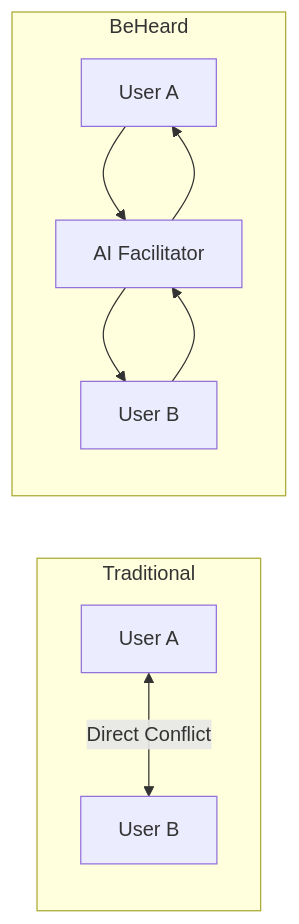
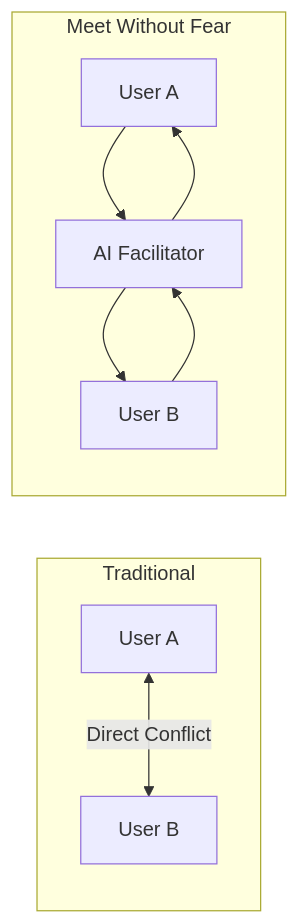
One commit to shantamg/be-heard changed the diagram in docs/mvp-planning/plans/overview/index.md. Above: the diagram before and after it, drawn with Mermaid. The commit also changed other lines of this file and 223 other files, not shown here.

First line of the commit message:
chore: rename project from BeHeard to Meet Without Fear

````diff
--- a/docs/mvp-planning/plans/overview/index.md
+++ b/docs/mvp-planning/plans/overview/index.md
@@ -23,13 +23,13 @@
 ```mermaid
 flowchart LR
     subgraph Traditional
         A[User A] <-->|Direct Conflict| B[User B]
     end
 
-    subgraph BeHeard
+    subgraph Meet Without Fear
         C[User A] --> AI[AI Facilitator]
         AI --> D[User B]
         D --> AI
         AI --> C
     end
 ```
````
